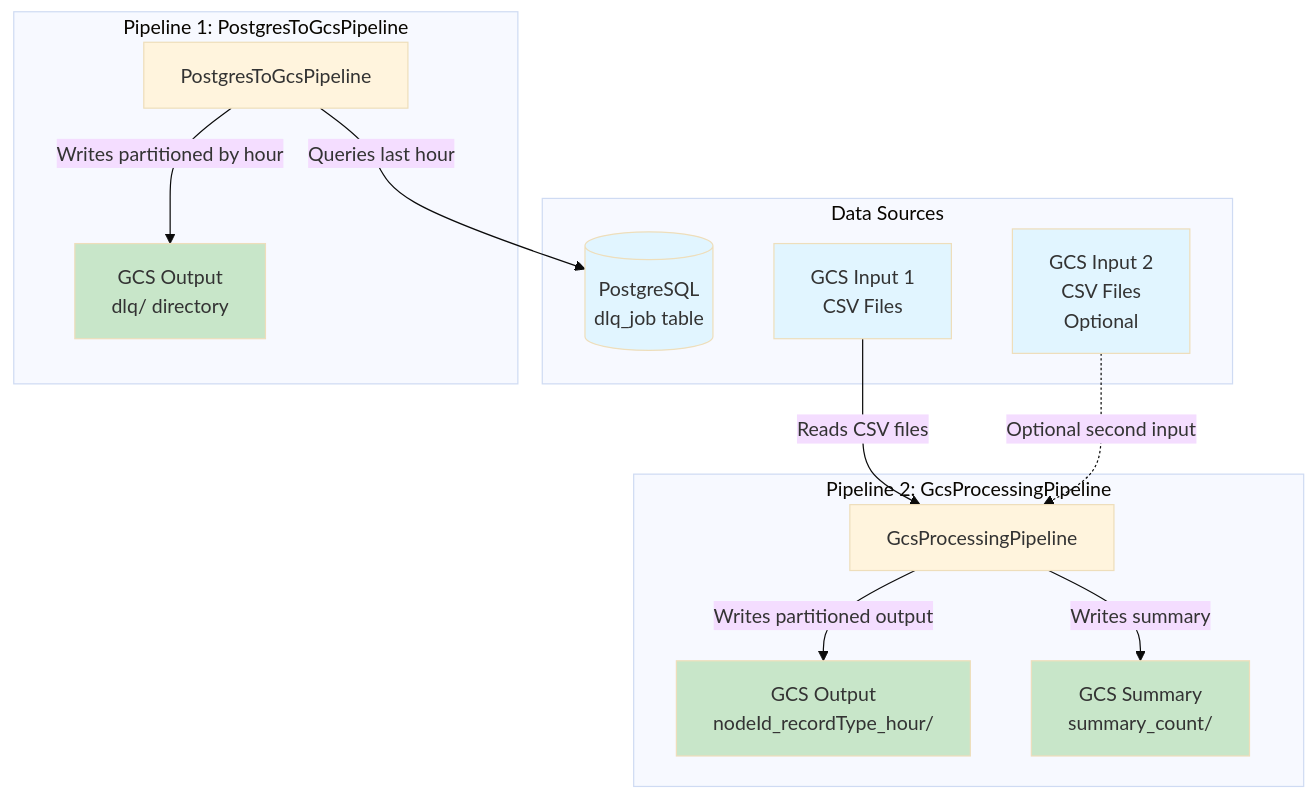
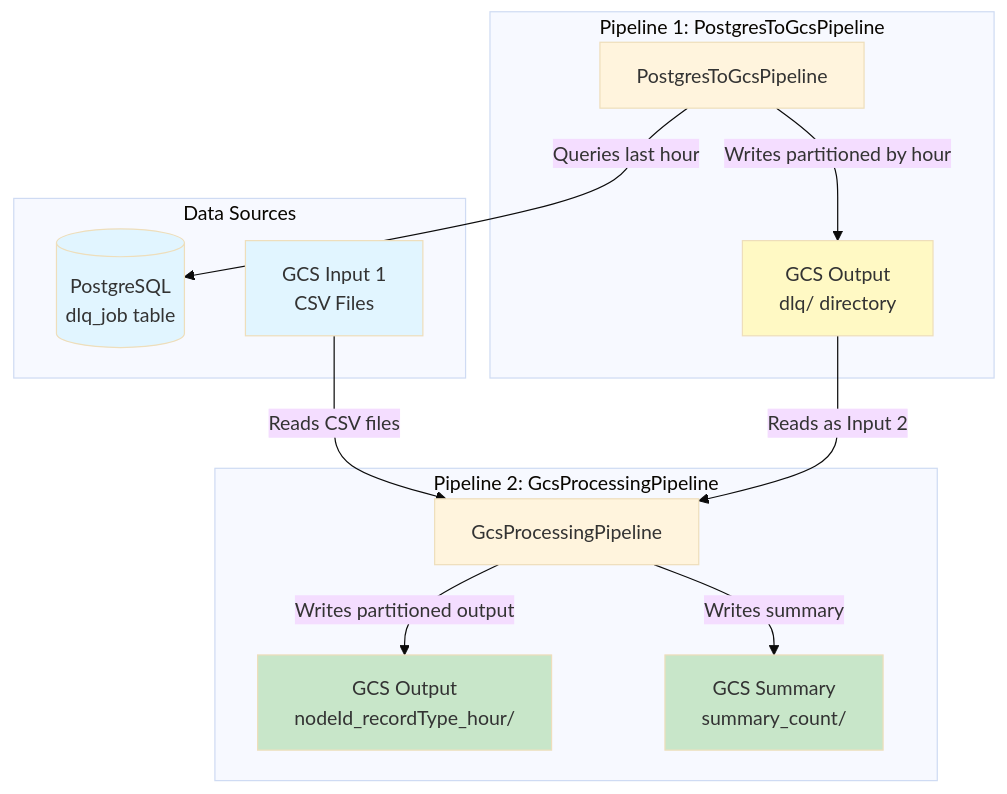
The first of 3 diagrams in README.md (pypanda2050/mybeam), drawn with Mermaid (base theme) before and after one commit. The commit also changed other lines of this file, not shown here.

Commit message:
fix arch diagram so that output 1 becomes input 2

````diff
--- a/README.md
+++ b/README.md
@@ -15,29 +16,27 @@
 ```mermaid
 graph TB
     subgraph "Data Sources"
         PG[(PostgreSQL<br/>dlq_job table)]
         GCS1[GCS Input 1<br/>CSV Files]
-        GCS2[GCS Input 2<br/>CSV Files<br/>Optional]
     end
     
     subgraph "Pipeline 1: PostgresToGcsPipeline"
         P1[PostgresToGcsPipeline]
         P1 -->|Queries last hour| PG
         P1 -->|Writes partitioned by hour| GCS_OUT1[GCS Output<br/>dlq/ directory]
     end
     
     subgraph "Pipeline 2: GcsProcessingPipeline"
         P2[GcsProcessingPipeline]
         GCS1 -->|Reads CSV files| P2
-        GCS2 -.->|Optional second input| P2
+        GCS_OUT1 -->|Reads as Input 2| P2
         P2 -->|Writes partitioned output| GCS_OUT2[GCS Output<br/>nodeId_recordType_hour/]
         P2 -->|Writes summary| GCS_SUMMARY[GCS Summary<br/>summary_count/]
     end
     
     style PG fill:#e1f5ff
     style GCS1 fill:#e1f5ff
-    style GCS2 fill:#e1f5ff
-    style GCS_OUT1 fill:#c8e6c9
+    style GCS_OUT1 fill:#fff9c4
     style GCS_OUT2 fill:#c8e6c9
     style GCS_SUMMARY fill:#c8e6c9
 ```
````
